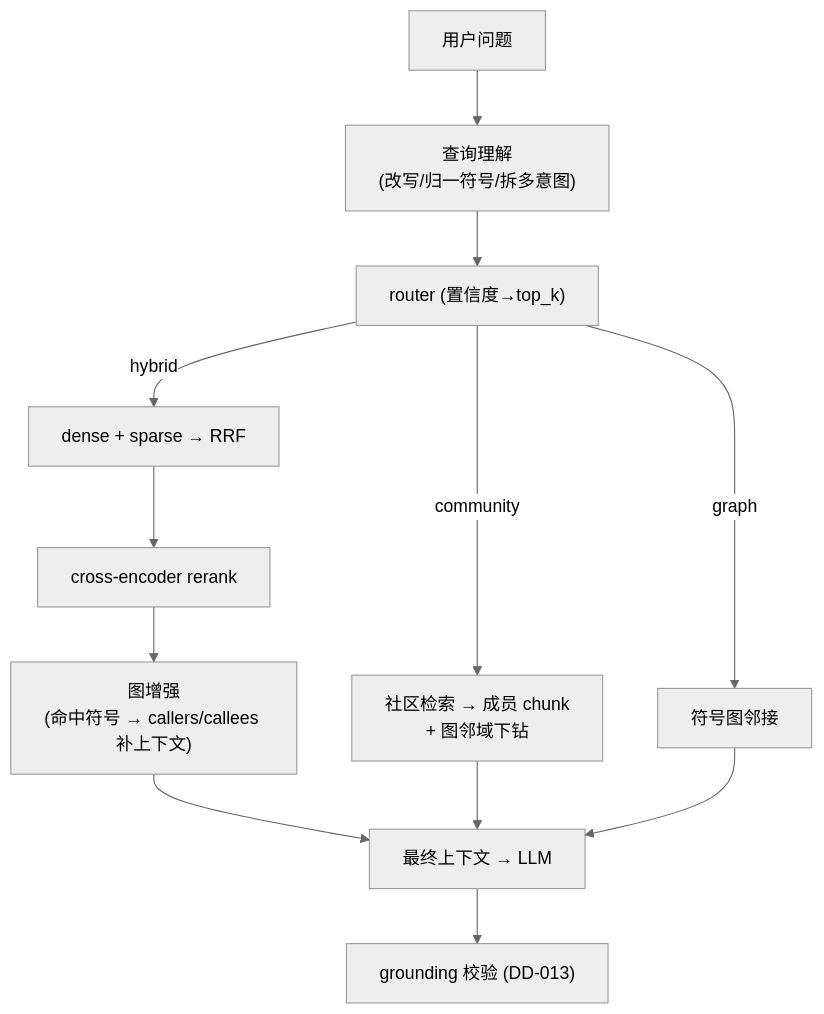
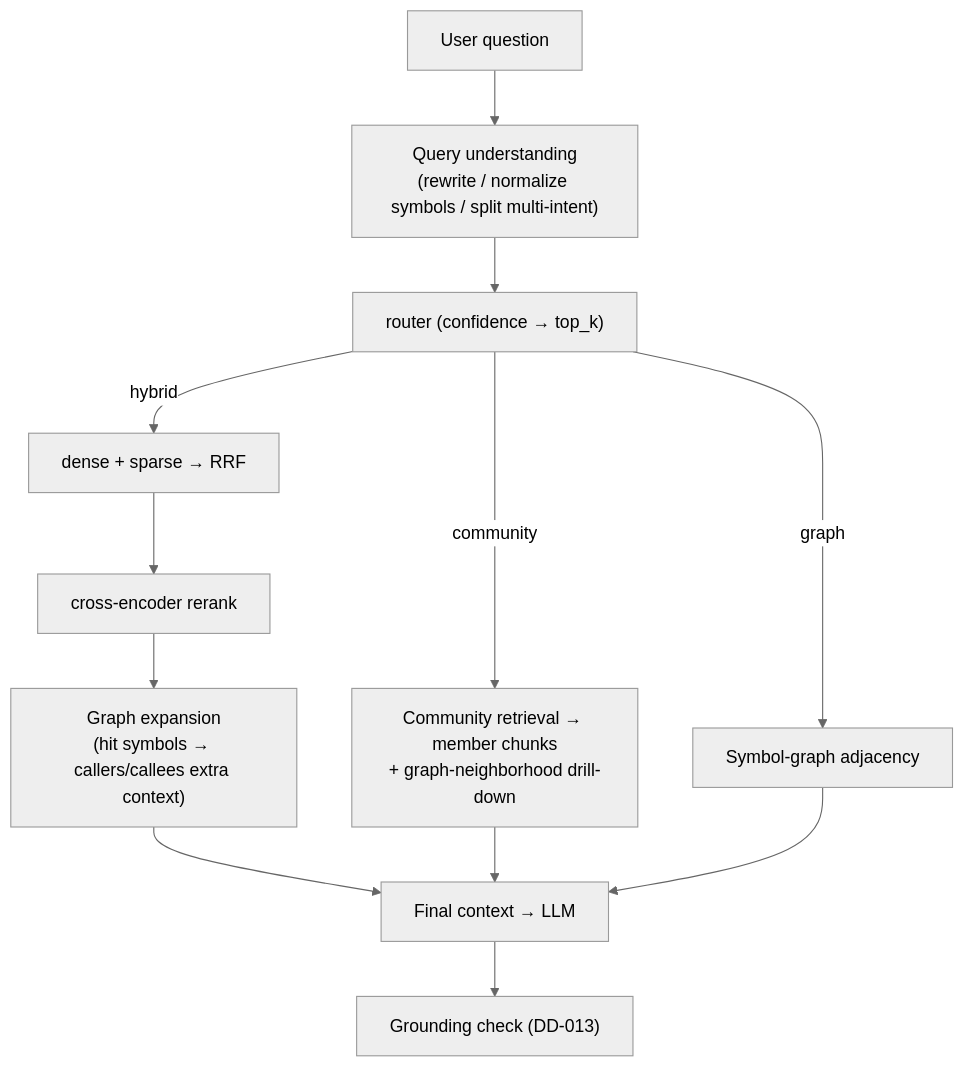
One commit to AndyUneducated/repo-sage changed the first of 3 diagrams in docs/plans/phase-8-retrieval-quality.md. Above: the diagram before and after it, drawn with Mermaid (neutral theme). The commit also changed other lines of this file and 14 other files, not shown here.

````diff
--- a/docs/plans/phase-8-retrieval-quality.md
+++ b/docs/plans/phase-8-retrieval-quality.md
@@ -66,14 +66,14 @@
 ```mermaid
 flowchart TB
-  Q["用户问题"] --> QU["查询理解<br/>(改写/归一符号/拆多意图)"]
-  QU --> R["router (置信度→top_k)"]
-  R -->|graph| G["符号图邻接"]
-  R -->|community| C["社区检索 → 成员 chunk<br/>+ 图邻域下钻"]
+  Q["User question"] --> QU["Query understanding<br/>(rewrite / normalize symbols / split multi-intent)"]
+  QU --> R["router (confidence → top_k)"]
+  R -->|graph| G["Symbol-graph adjacency"]
+  R -->|community| C["Community retrieval → member chunks<br/>+ graph-neighborhood drill-down"]
   R -->|hybrid| H["dense + sparse → RRF"]
   H --> RR["cross-encoder rerank"]
-  RR --> GE["图增强<br/>(命中符号 → callers/callees 补上下文)"]
-  GE --> CTX["最终上下文 → LLM"]
+  RR --> GE["Graph expansion<br/>(hit symbols → callers/callees extra context)"]
+  GE --> CTX["Final context → LLM"]
   C --> CTX
   G --> CTX
-  CTX --> GR["grounding 校验 (DD-013)"]
+  CTX --> GR["Grounding check (DD-013)"]
 ```
````
